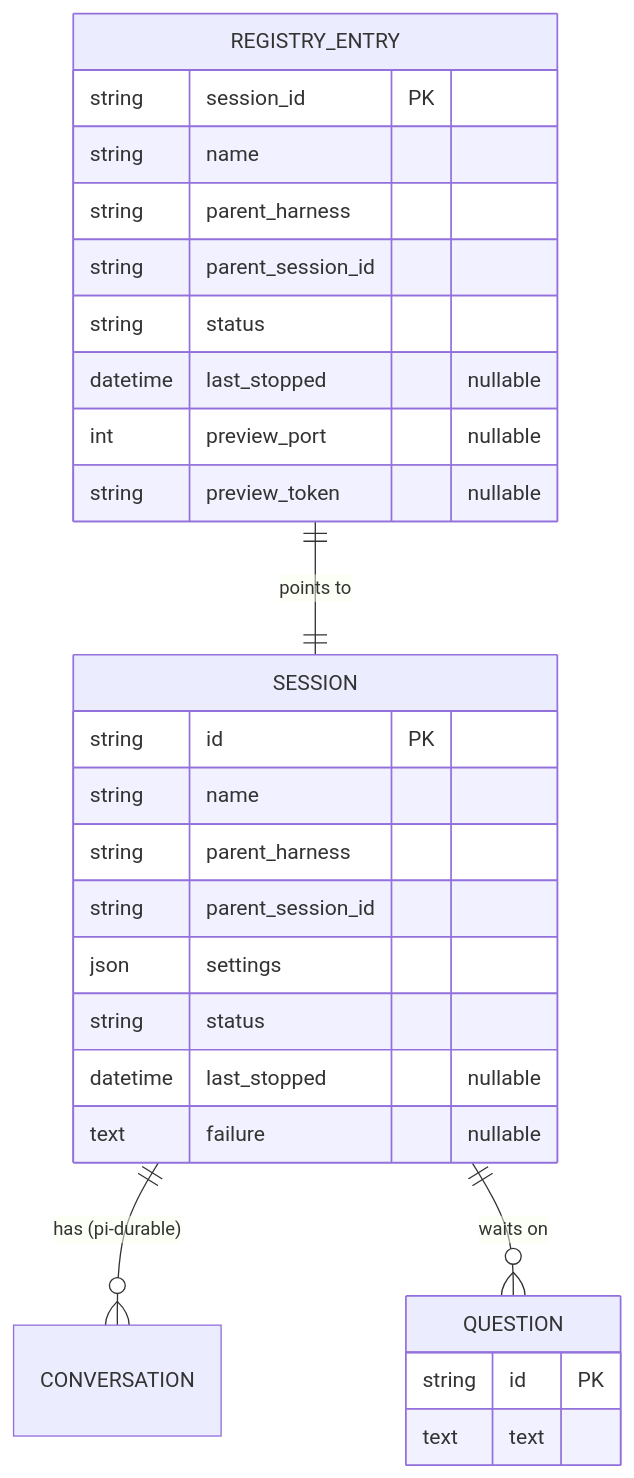
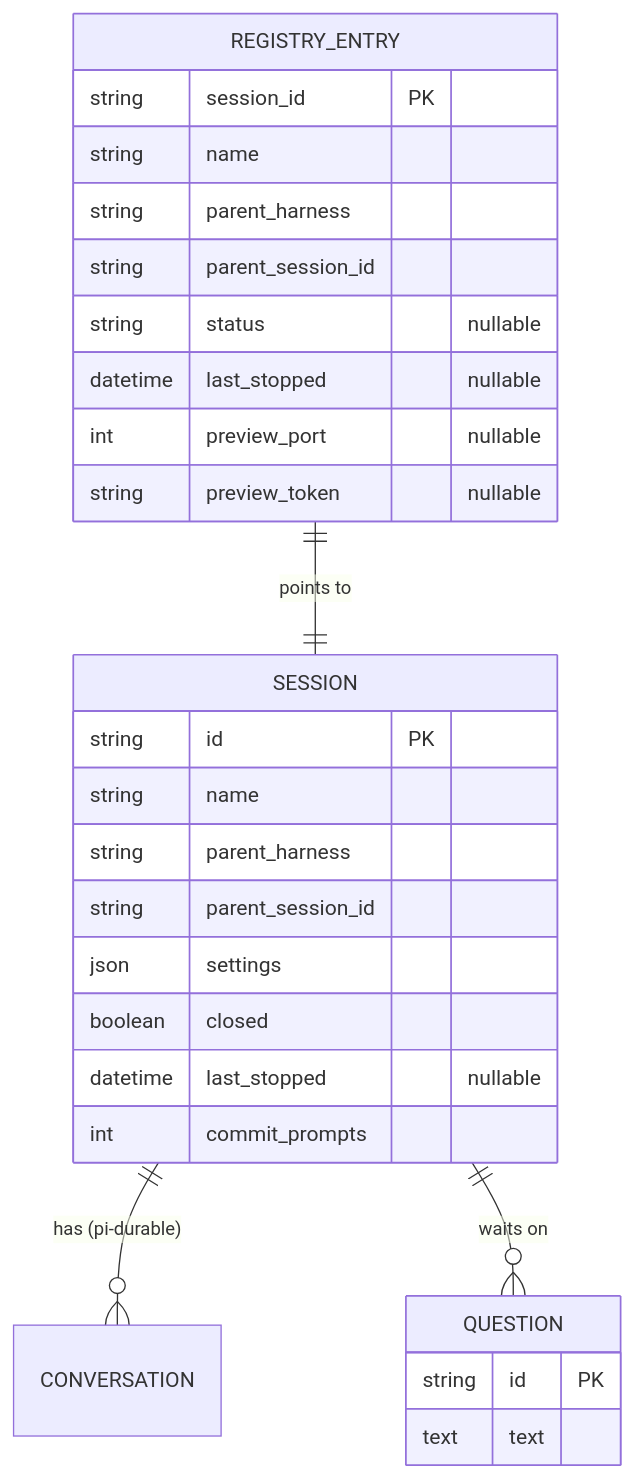
The first of 3 diagrams in docs/technical-design/sessions.md (asermax/tentacles), drawn with Mermaid before and after one commit. The commit also changed other lines of this file and 6 other files, not shown here.

````diff
--- a/docs/technical-design/sessions.md
+++ b/docs/technical-design/sessions.md
@@ -15,30 +15,30 @@
 ```mermaid
 erDiagram
     REGISTRY_ENTRY ||--|| SESSION : "points to"
     SESSION ||--o{ CONVERSATION : "has (pi-durable)"
     SESSION ||--o{ QUESTION : "waits on"
     REGISTRY_ENTRY {
         string session_id PK
         string name
         string parent_harness
         string parent_session_id
-        string status
+        string status "nullable"
         datetime last_stopped "nullable"
         int preview_port "nullable"
         string preview_token "nullable"
     }
     SESSION {
         string id PK
         string name
         string parent_harness
         string parent_session_id
         json settings
-        string status
+        boolean closed
         datetime last_stopped "nullable"
-        text failure "nullable"
+        int commit_prompts
     }
     QUESTION {
         string id PK
         text text
     }
 ```
````
